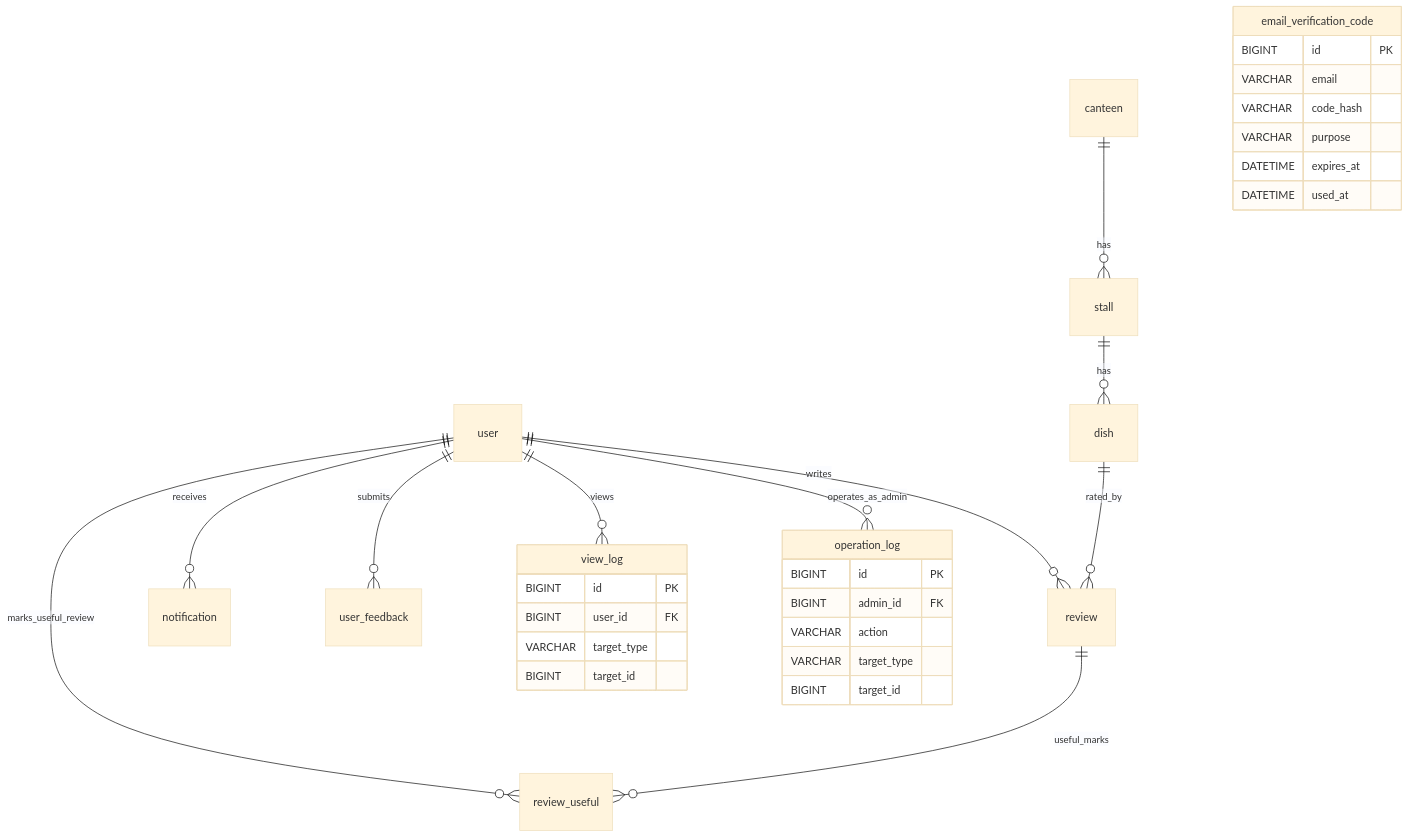
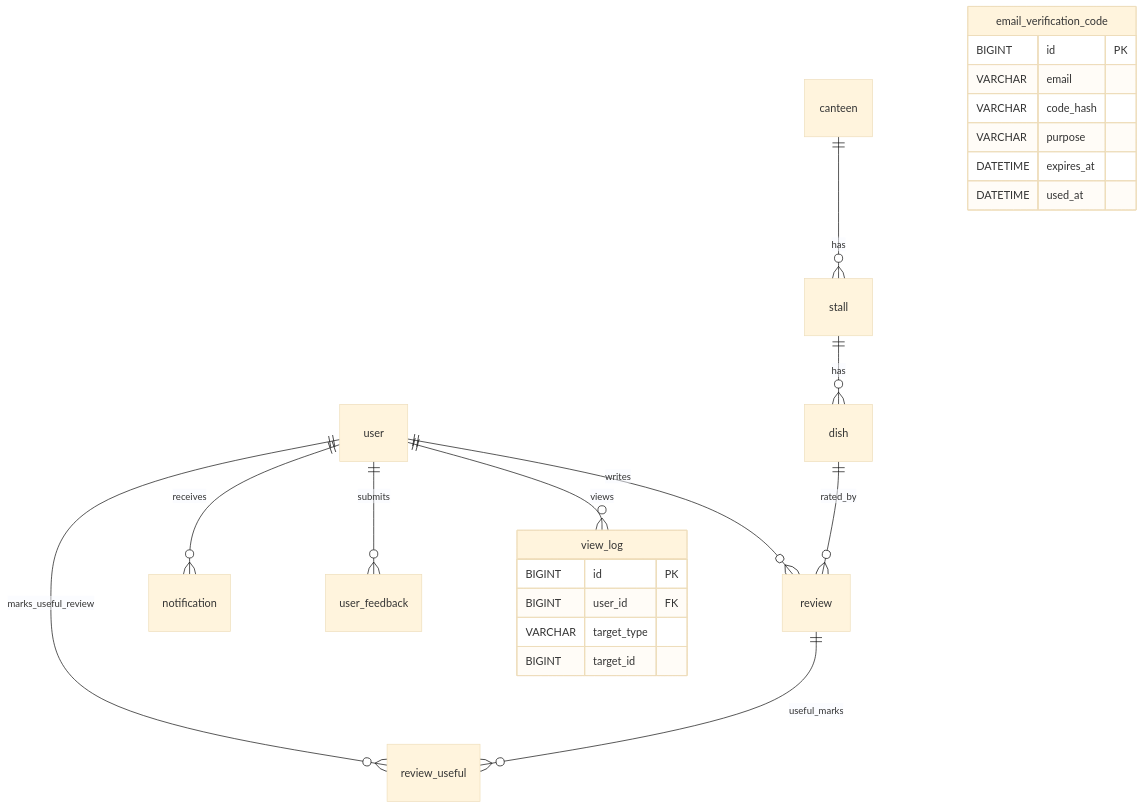
One commit to jolly326/bjtu_food changed the diagram in docs/database.md. Above: the diagram before and after it, drawn with Mermaid (base theme). The commit also changed other lines of this file and 29 other files, not shown here.

````diff
--- a/docs/database.md
+++ b/docs/database.md
@@ -244,36 +245,28 @@
 ```mermaid
 erDiagram
     user ||--o{ review : "writes"
     user ||--o{ notification : "receives"
     user ||--o{ user_feedback : "submits"
     user ||--o{ view_log : "views"
-    user ||--o{ operation_log : "operates_as_admin"
     user ||--o{ review_useful : "marks_useful_review"
 
     canteen ||--o{ stall : "has"
     stall ||--o{ dish : "has"
     dish ||--o{ review : "rated_by"
     review ||--o{ review_useful : "useful_marks"
 
     email_verification_code {
         BIGINT id PK
         VARCHAR email
         VARCHAR code_hash
         VARCHAR purpose
         DATETIME expires_at
         DATETIME used_at
     }
     view_log {
         BIGINT id PK
         BIGINT user_id FK
         VARCHAR target_type
         BIGINT target_id
     }
-    operation_log {
-        BIGINT id PK
-        BIGINT admin_id FK
-        VARCHAR action
-        VARCHAR target_type
-        BIGINT target_id
-    }
 ```
````
